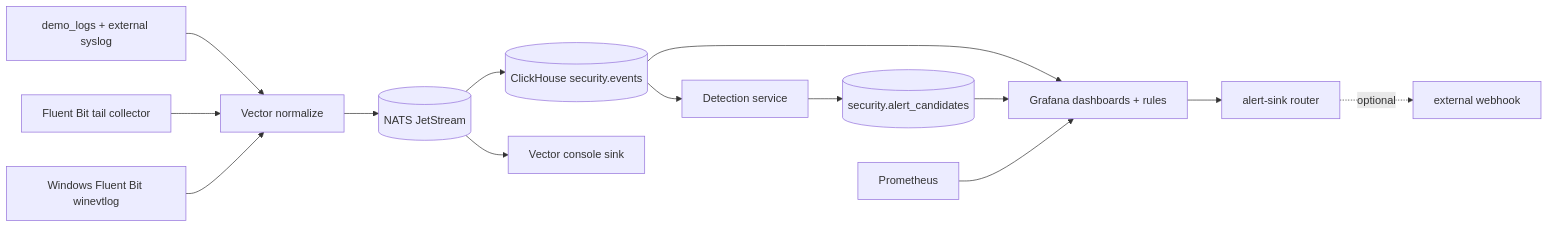
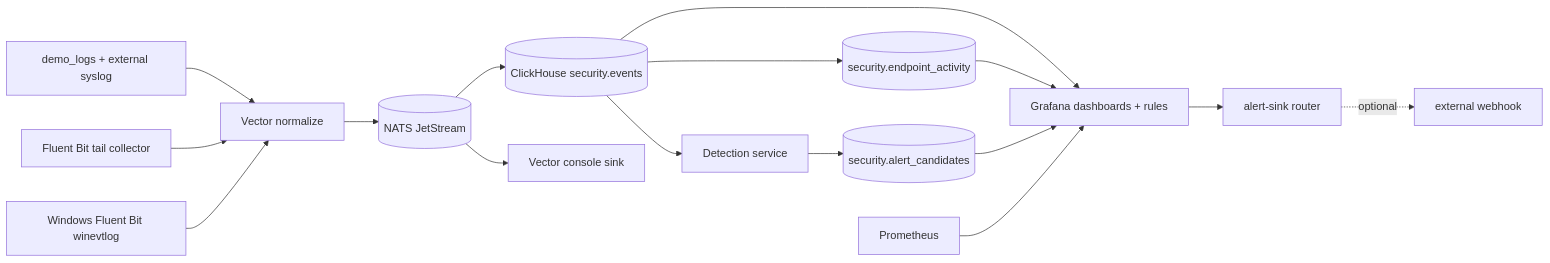
The diagram in docs/architecture.md (krazybean/Hayabusa), drawn with Mermaid before and after one commit. The commit also changed other lines of this file and 14 other files, not shown here.

Commit message:
feat: add endpoint activity inventory baseline

````diff
--- a/docs/architecture.md
+++ b/docs/architecture.md
@@ -11,20 +11,22 @@
 ```mermaid
 flowchart LR
   Collect[demo_logs + external syslog] --> Normalize[Vector normalize]
   FluentBit[Fluent Bit tail collector] --> Normalize
   WinFluentBit[Windows Fluent Bit winevtlog] --> Normalize
   Normalize --> Buffer[(NATS JetStream)]
   Buffer --> Store[(ClickHouse security.events)]
+  Store --> EndpointInventory[(security.endpoint_activity)]
   Buffer --> Debug[Vector console sink]
 
   Store --> Detect[Detection service]
   Detect --> Candidates[(security.alert_candidates)]
 
   Store --> Grafana[Grafana dashboards + rules]
+  EndpointInventory --> Grafana
   Candidates --> Grafana
   Prom[Prometheus] --> Grafana
 
   Grafana --> Router[alert-sink router]
   Router -. optional .-> External[external webhook]
 
 ```
````
